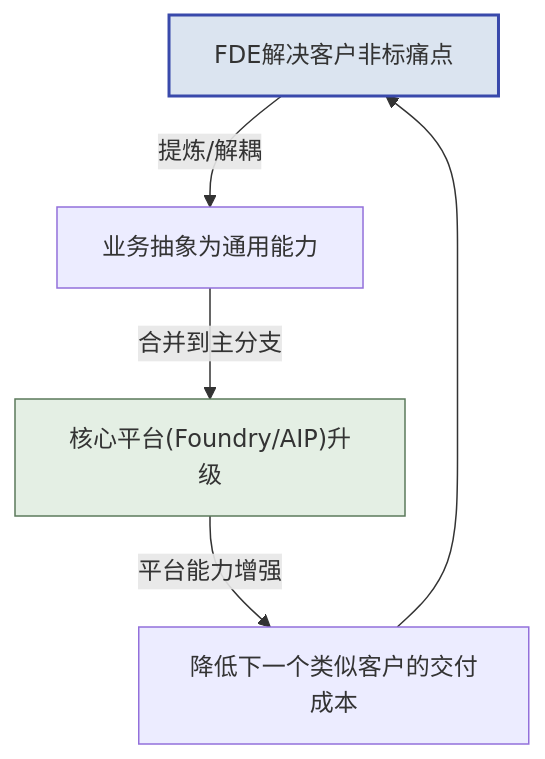
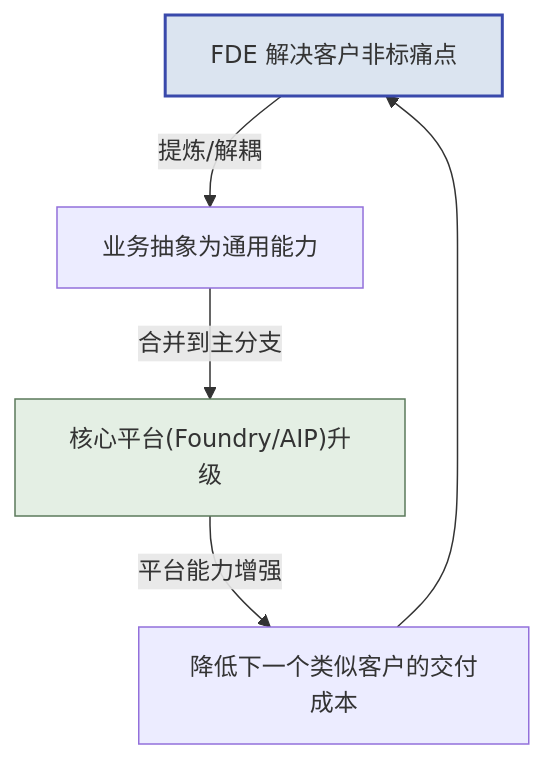
The second of 3 diagrams in textbook/第02章_为什么需要FDE.md (cloudzun/fde-course), drawn with Mermaid before and after one commit. The commit also changed other lines of this file and 25 other files, not shown here.

````diff
--- a/textbook/第02章_为什么需要FDE.md
+++ b/textbook/第02章_为什么需要FDE.md
@@ -136,10 +136,10 @@
 ```mermaid
 graph TD
-    solve["FDE解决客户非标痛点"] -->|提炼/解耦| abstract["业务抽象为通用能力"]
+    solve["FDE 解决客户非标痛点"] -->|提炼/解耦| abstract["业务抽象为通用能力"]
     abstract -->|合并到主分支| platform["核心平台(Foundry/AIP)升级"]
     platform -->|平台能力增强| reduce["降低下一个类似客户的交付成本"]
     reduce --> solve
 
     style solve fill:#dbe4f0,stroke:#3949ab,stroke-width:2px
     style platform fill:#e4efe4,stroke:#5b7a5b
 ```
````
